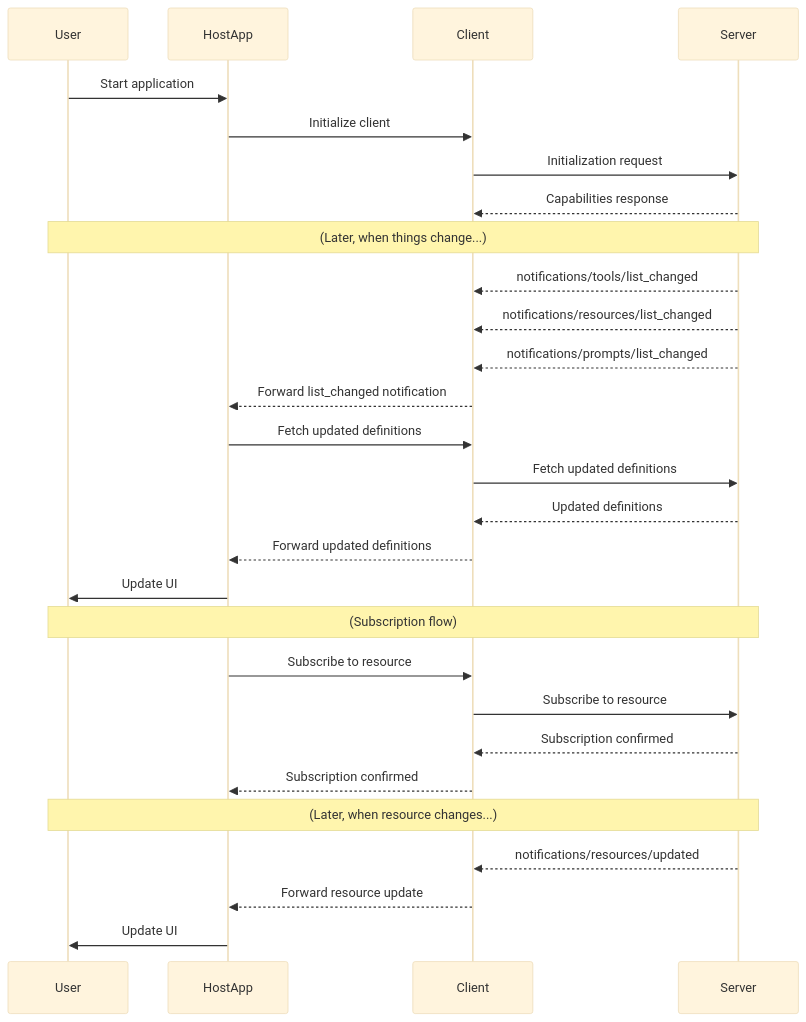
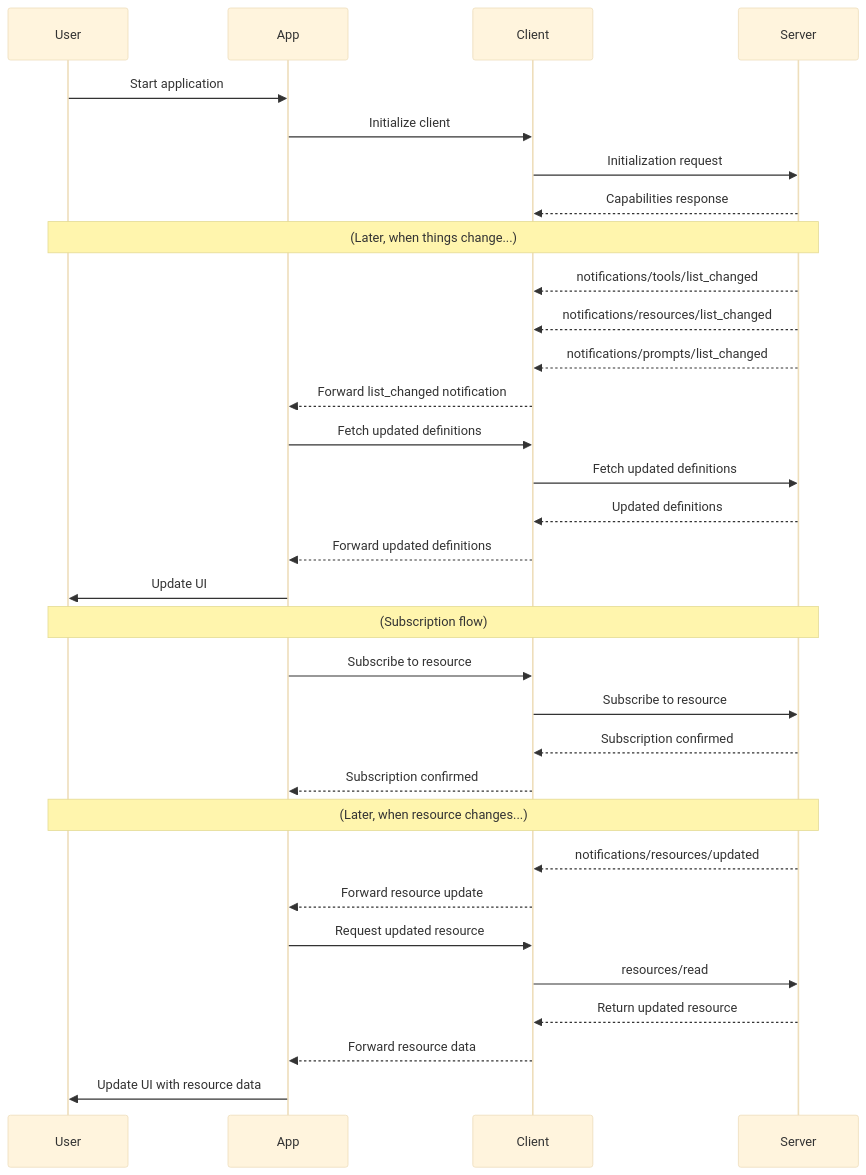
Before and after one commit to rubenpenap/advanced-mcp-features: the diagram in exercises/05.changes/README.mdx, drawn with Mermaid (base theme). The commit also changed other lines of this file and 7 other files, not shown here.

````diff
--- a/exercises/05.changes/README.mdx
+++ b/exercises/05.changes/README.mdx
@@ -135,34 +142,38 @@
 ```mermaid
 sequenceDiagram
   participant User
-  participant HostApp
+  participant App
   participant Client
   participant Server
 
-  User->>HostApp: Start application
-  HostApp->>Client: Initialize client
+  User->>App: Start application
+  App->>Client: Initialize client
   Client->>Server: Initialization request
   Server-->>Client: Capabilities response
   %% ---
   Note over User,Server: (Later, when things change...)
   Server-->>Client: notifications/tools/list_changed
   Server-->>Client: notifications/resources/list_changed
   Server-->>Client: notifications/prompts/list_changed
-  Client-->>HostApp: Forward list_changed notification
-  HostApp->>Client: Fetch updated definitions
+  Client-->>App: Forward list_changed notification
+  App->>Client: Fetch updated definitions
   Client->>Server: Fetch updated definitions
   Server-->>Client: Updated definitions
-  Client-->>HostApp: Forward updated definitions
-  HostApp->>User: Update UI
+  Client-->>App: Forward updated definitions
+  App->>User: Update UI
   %% ---
   Note over User,Server: (Subscription flow)
-  HostApp->>Client: Subscribe to resource
+  App->>Client: Subscribe to resource
   Client->>Server: Subscribe to resource
   Server-->>Client: Subscription confirmed
-  Client-->>HostApp: Subscription confirmed
+  Client-->>App: Subscription confirmed
   %% ---
   Note over User,Server: (Later, when resource changes...)
   Server-->>Client: notifications/resources/updated
-  Client-->>HostApp: Forward resource update
-  HostApp->>User: Update UI
+  Client-->>App: Forward resource update
+  App->>Client: Request updated resource
+  Client->>Server: resources/read
+  Server-->>Client: Return updated resource
+  Client-->>App: Forward resource data
+  App->>User: Update UI with resource data
 ```
````
